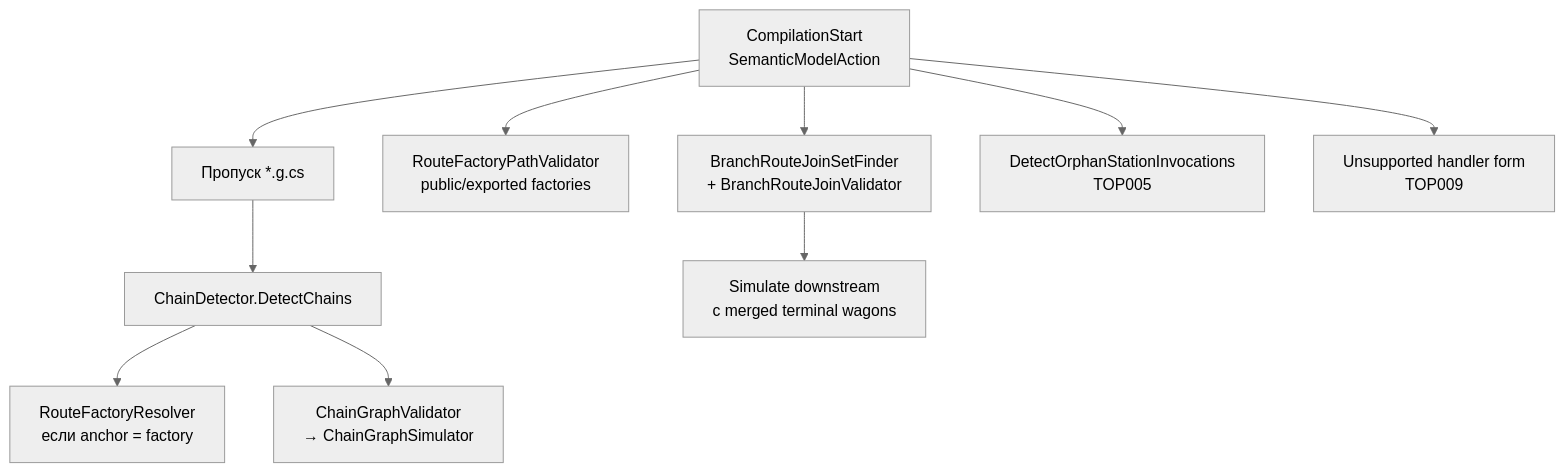
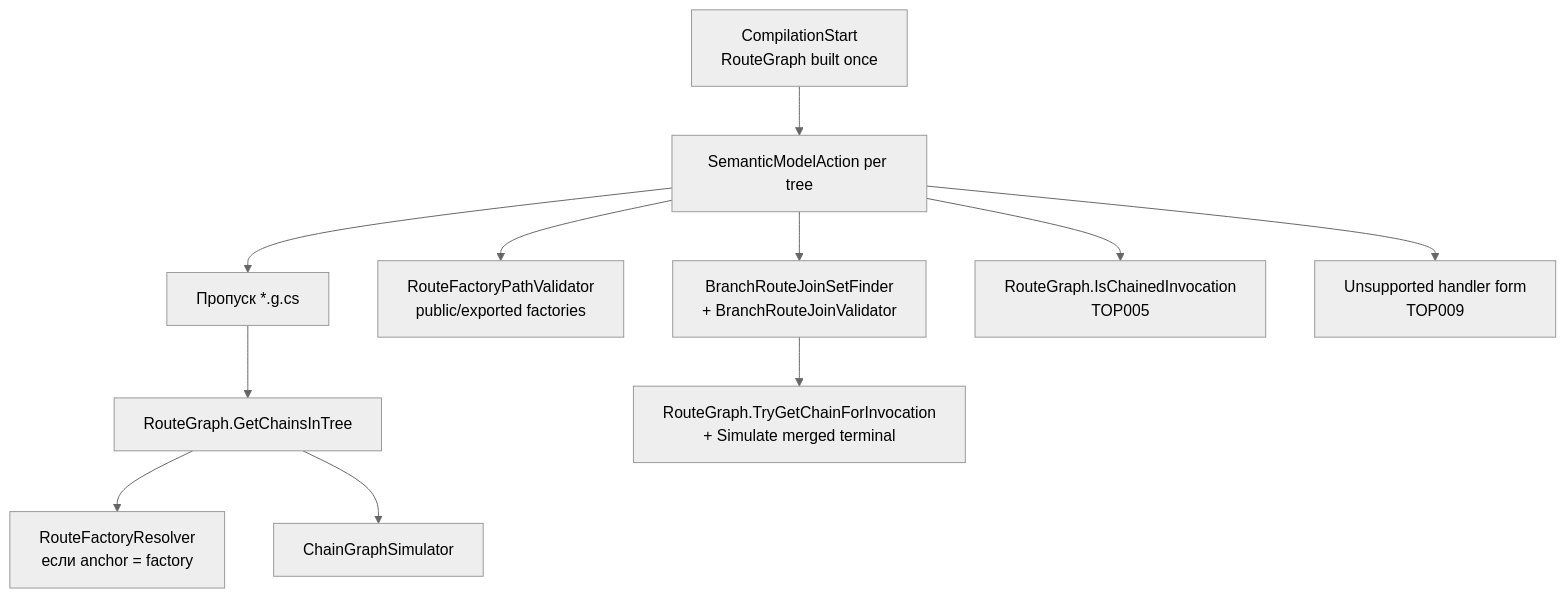
The sixth of 8 diagrams in docs/architecture-internals.md (moragfullrest-cmyk/TrainOP), drawn with Mermaid (neutral theme) before and after one commit. The commit also changed other lines of this file and 180 other files, not shown here.

````diff
--- a/docs/architecture-internals.md
+++ b/docs/architecture-internals.md
@@ -136,12 +393,13 @@
 ```mermaid
 flowchart TB
-  Start["CompilationStart\nSemanticModelAction"] --> Skip["Пропуск *.g.cs"]
-  Skip --> Chains["ChainDetector.DetectChains"]
+  Start["CompilationStart\nRouteGraph built once"] --> PerTree["SemanticModelAction per tree"]
+  PerTree --> Skip["Пропуск *.g.cs"]
+  Skip --> Chains["RouteGraph.GetChainsInTree"]
   Chains --> FactoryRes["RouteFactoryResolver\nесли anchor = factory"]
-  Chains --> Sim["ChainGraphValidator\n→ ChainGraphSimulator"]
-  Start --> Factories["RouteFactoryPathValidator\npublic/exported factories"]
-  Start --> Joins["BranchRouteJoinSetFinder\n+ BranchRouteJoinValidator"]
-  Joins --> Downstream["Simulate downstream\nс merged terminal wagons"]
-  Start --> Orphans["DetectOrphanStationInvocations\nTOP005"]
-  Start --> Unsupported["Unsupported handler form\nTOP009"]
+  Chains --> Sim["ChainGraphSimulator"]
+  PerTree --> Factories["RouteFactoryPathValidator\npublic/exported factories"]
+  PerTree --> Joins["BranchRouteJoinSetFinder\n+ BranchRouteJoinValidator"]
+  Joins --> Downstream["RouteGraph.TryGetChainForInvocation\n+ Simulate merged terminal"]
+  PerTree --> Orphans["RouteGraph.IsChainedInvocation\nTOP005"]
+  PerTree --> Unsupported["Unsupported handler form\nTOP009"]
 ```
````
